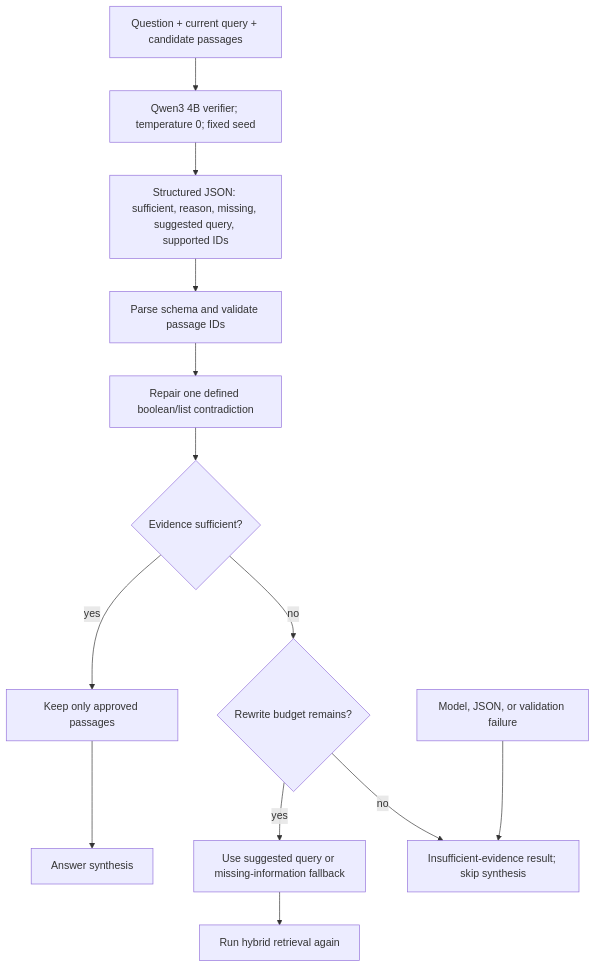
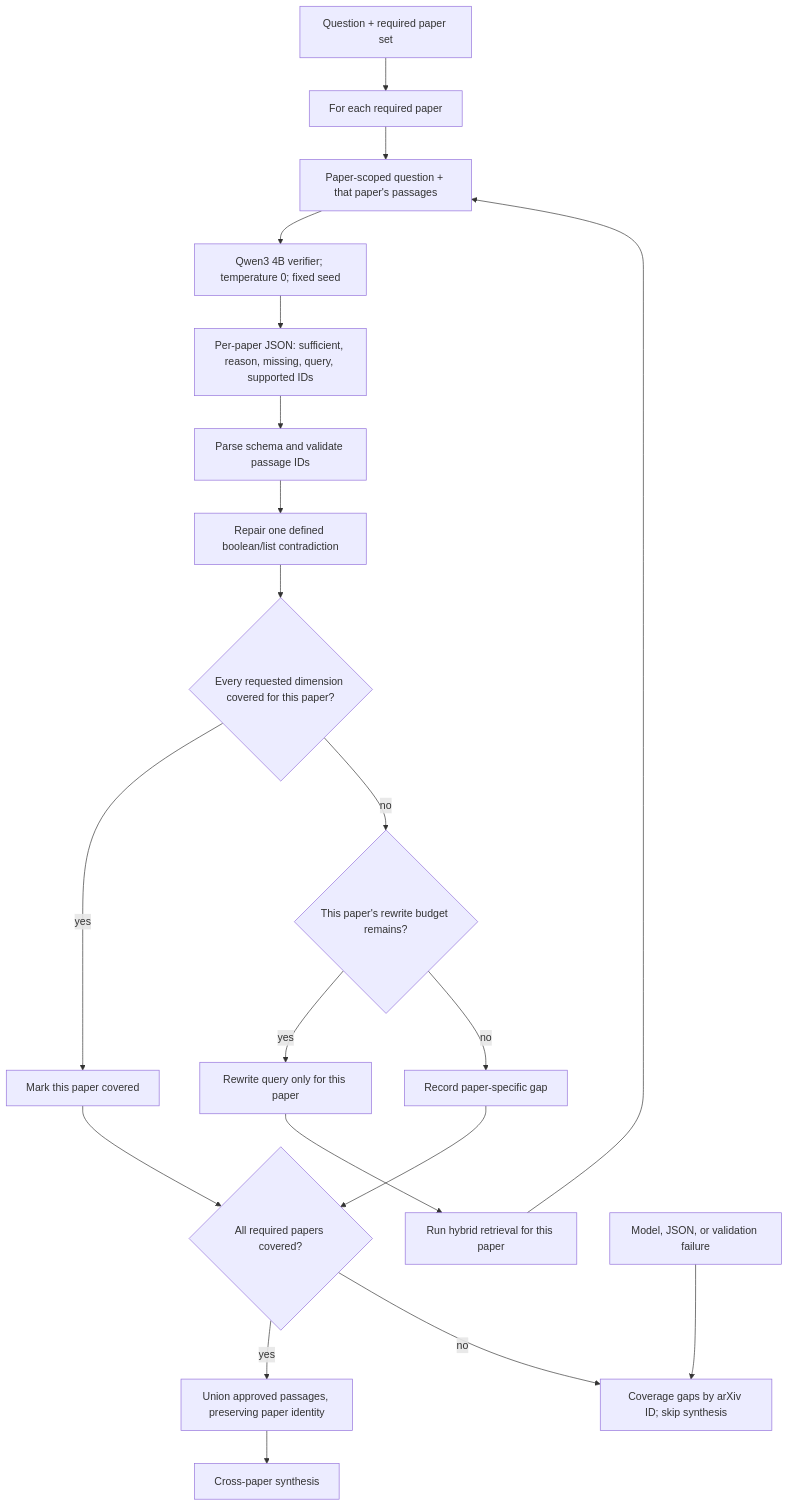
Before and after one commit to TQC0103/scientific-research-agent: the seventh of 10 diagrams in docs/SYSTEM_VISUALIZATION.md, drawn with Mermaid. The commit also changed other lines of this file and 16 other files, not shown here.

Commit message:
Add per-paper evidence coverage

````diff
--- a/docs/SYSTEM_VISUALIZATION.md
+++ b/docs/SYSTEM_VISUALIZATION.md
@@ -152,18 +157,25 @@
 ```mermaid
 flowchart TD
-    INPUT["Question + current query + candidate passages"] --> QWEN["Qwen3 4B verifier; temperature 0; fixed seed"]
-    QWEN --> JSON["Structured JSON: sufficient, reason, missing, suggested query, supported IDs"]
+    INPUT["Question + required paper set"] --> LOOP["For each required paper"]
+    LOOP --> SCOPE["Paper-scoped question + that paper's passages"]
+    SCOPE --> QWEN["Qwen3 4B verifier; temperature 0; fixed seed"]
+    QWEN --> JSON["Per-paper JSON: sufficient, reason, missing, query, supported IDs"]
     JSON --> VALIDATE["Parse schema and validate passage IDs"]
     VALIDATE --> CONSISTENCY["Repair one defined boolean/list contradiction"]
-    CONSISTENCY --> DECISION{"Evidence sufficient?"}
+    CONSISTENCY --> DIMENSIONS{"Every requested dimension covered for this paper?"}
 
-    DECISION -->|"yes"| FILTER["Keep only approved passages"]
-    FILTER --> SYNTHESIS["Answer synthesis"]
+    DIMENSIONS -->|"yes"| PAPER_OK["Mark this paper covered"]
+    DIMENSIONS -->|"no"| RETRIES{"This paper's rewrite budget remains?"}
+    RETRIES -->|"yes"| REWRITE["Rewrite query only for this paper"]
+    REWRITE --> RETRIEVAL["Run hybrid retrieval for this paper"]
+    RETRIEVAL --> SCOPE
+    RETRIES -->|"no"| PAPER_GAP["Record paper-specific gap"]
 
-    DECISION -->|"no"| RETRIES{"Rewrite budget remains?"}
-    RETRIES -->|"yes"| REWRITE["Use suggested query or missing-information fallback"]
-    REWRITE --> RETRIEVAL["Run hybrid retrieval again"]
-    RETRIES -->|"no"| STOP["Insufficient-evidence result; skip synthesis"]
+    PAPER_OK --> AGGREGATE{"All required papers covered?"}
+    PAPER_GAP --> AGGREGATE
+    AGGREGATE -->|"yes"| FILTER["Union approved passages, preserving paper identity"]
+    FILTER --> SYNTHESIS["Cross-paper synthesis"]
+    AGGREGATE -->|"no"| STOP["Coverage gaps by arXiv ID; skip synthesis"]
 
     ERROR["Model, JSON, or validation failure"] --> STOP
 ```
````
